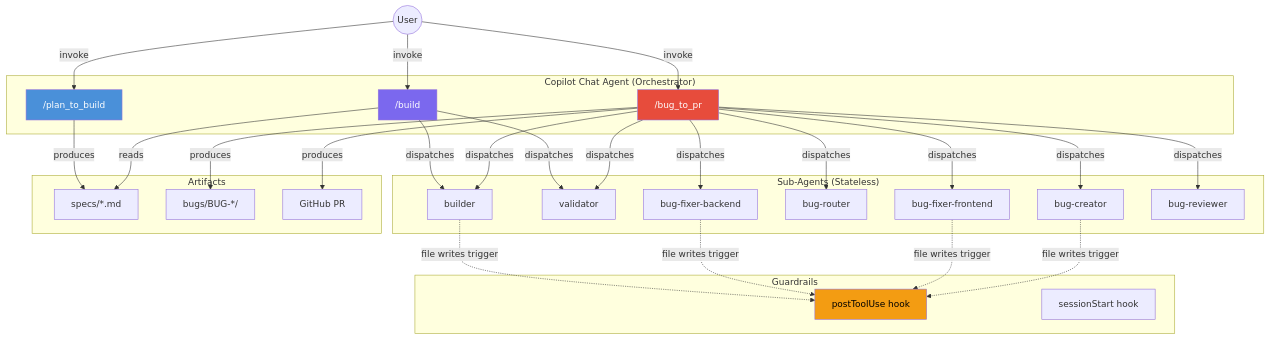
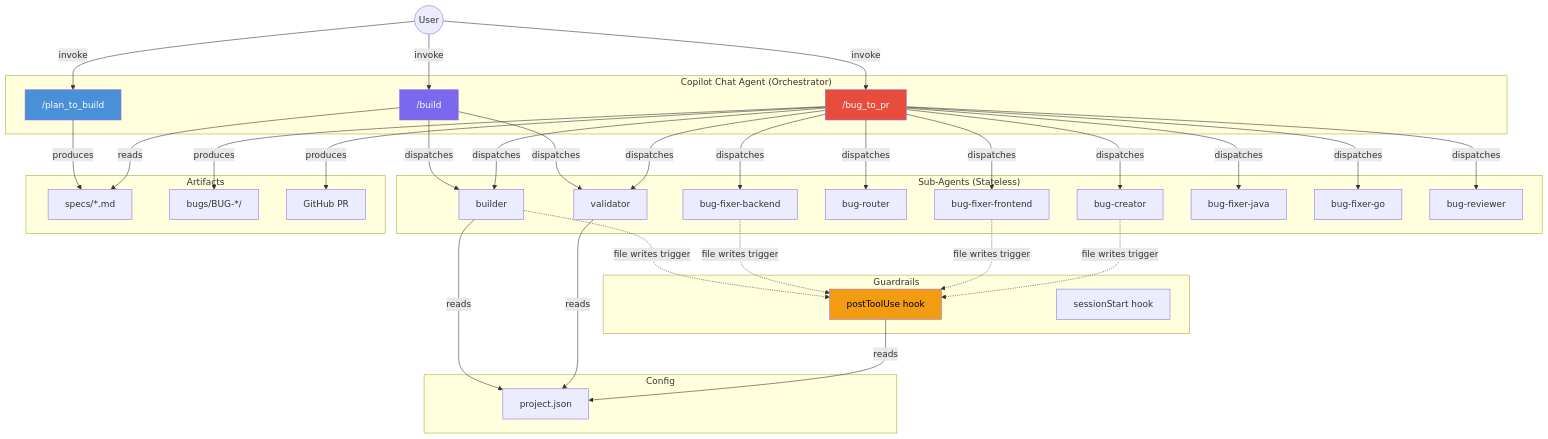
Before and after one commit to vobbilis/metrics-dashboard: the first of 11 diagrams in .github/PIPELINES.md, drawn with Mermaid. The commit also changed other lines of this file and 11 other files, not shown here.

First line of the commit message:
refactor: externalize project config into project.json

````diff
--- a/.github/PIPELINES.md
+++ b/.github/PIPELINES.md
@@ -29,59 +29,71 @@
 ```mermaid
 graph TB
     User((User))
 
     subgraph "Copilot Chat Agent (Orchestrator)"
         PTB["/plan_to_build"]
         BUILD["/build"]
         BTP["/bug_to_pr"]
     end
 
     subgraph "Sub-Agents (Stateless)"
         B["builder"]
         V["validator"]
         BC["bug-creator"]
         BR["bug-router"]
         BFB["bug-fixer-backend"]
         BFF["bug-fixer-frontend"]
+        BFJ["bug-fixer-java"]
+        BFG["bug-fixer-go"]
         REV["bug-reviewer"]
+    end
+
+    subgraph "Config"
+        PROJ["project.json"]
     end
 
     subgraph "Guardrails"
         HOOK["postToolUse hook"]
         SESSION["sessionStart hook"]
     end
 
     subgraph "Artifacts"
         SPECS["specs/*.md"]
         BUGS["bugs/BUG-*/"]
         PR["GitHub PR"]
     end
 
     User -->|"invoke"| PTB
     User -->|"invoke"| BUILD
     User -->|"invoke"| BTP
 
     PTB -->|"produces"| SPECS
     BUILD -->|"reads"| SPECS
     BUILD -->|"dispatches"| B
     BUILD -->|"dispatches"| V
     BTP -->|"dispatches"| BC
     BTP -->|"dispatches"| BR
     BTP -->|"dispatches"| BFB
     BTP -->|"dispatches"| BFF
+    BTP -->|"dispatches"| BFJ
+    BTP -->|"dispatches"| BFG
     BTP -->|"dispatches"| B
     BTP -->|"dispatches"| V
     BTP -->|"dispatches"| REV
     BTP -->|"produces"| BUGS
+
+    B -->|"reads"| PROJ
+    V -->|"reads"| PROJ
+    HOOK -->|"reads"| PROJ
     BTP -->|"produces"| PR
 
     B -.->|"file writes trigger"| HOOK
     BFB -.->|"file writes trigger"| HOOK
     BFF -.->|"file writes trigger"| HOOK
     BC -.->|"file writes trigger"| HOOK
 
     style PTB fill:#4A90D9,color:#fff
     style BUILD fill:#7B68EE,color:#fff
     style BTP fill:#E74C3C,color:#fff
     style HOOK fill:#F39C12,color:#000
 ```
````
